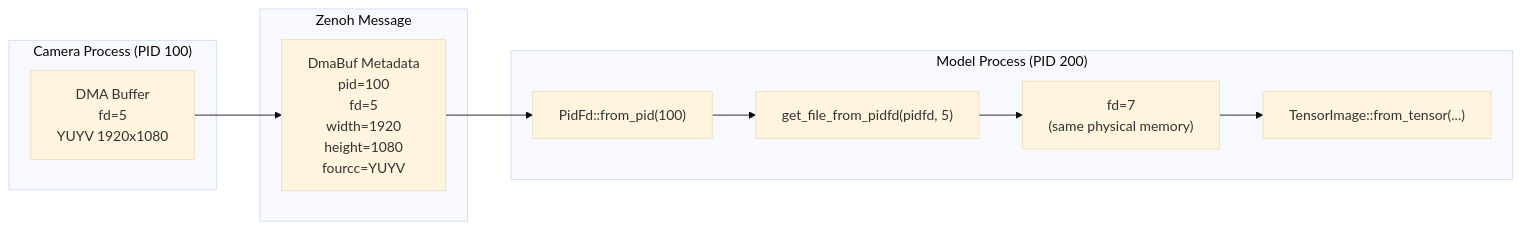
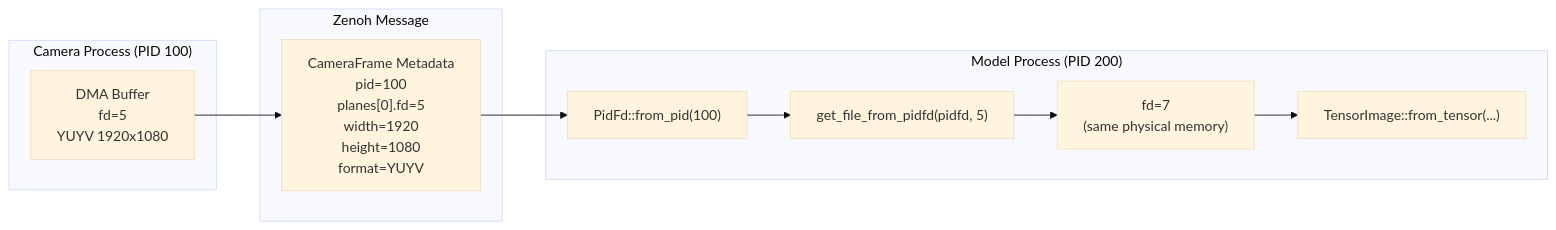
One commit to EdgeFirstAI/model changed the third of 5 diagrams in ARCHITECTURE.md. Above: the diagram before and after it, drawn with Mermaid (base theme). The commit also changed other lines of this file and 15 other files, not shown here.

First line of the commit message:
DE-2674: Migrate model to HAL 0.28 and CameraFrame

````diff
--- a/ARCHITECTURE.md
+++ b/ARCHITECTURE.md
@@ -335,23 +335,23 @@
 ```mermaid
 graph LR
     subgraph "Camera Process (PID 100)"
         CamDMA["DMA Buffer<br/>fd=5<br/>YUYV 1920x1080"]
     end
 
     subgraph "Zenoh Message"
-        Meta["DmaBuf Metadata<br/>pid=100<br/>fd=5<br/>width=1920<br/>height=1080<br/>fourcc=YUYV"]
+        Meta["CameraFrame Metadata<br/>pid=100<br/>planes[0].fd=5<br/>width=1920<br/>height=1080<br/>format=YUYV"]
     end
 
     subgraph "Model Process (PID 200)"
         PidFd["PidFd::from_pid(100)"]
         GetFd["get_file_from_pidfd(pidfd, 5)"]
         NewFd["fd=7<br/>(same physical memory)"]
         TImg["TensorImage::from_tensor(...)"]
     end
 
     CamDMA --> Meta
     Meta --> PidFd
     PidFd --> GetFd
     GetFd --> NewFd
     NewFd --> TImg
 ```
````
